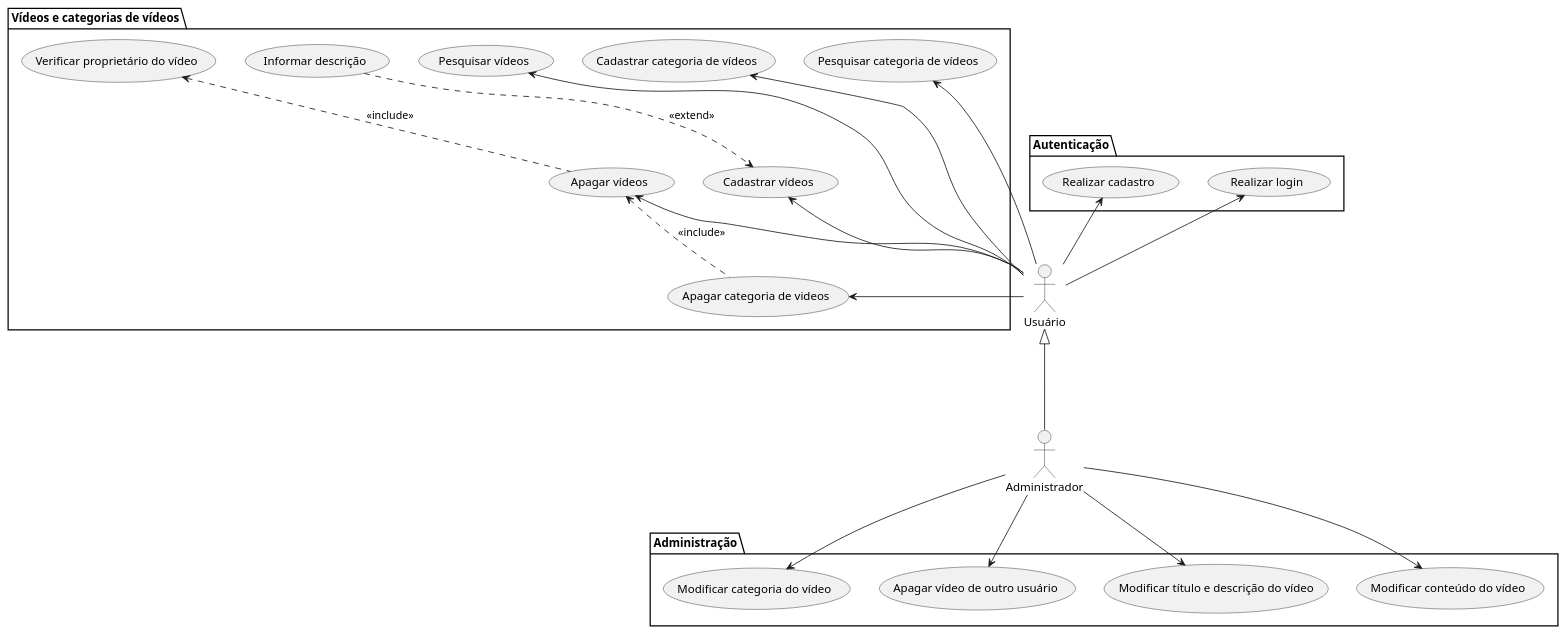
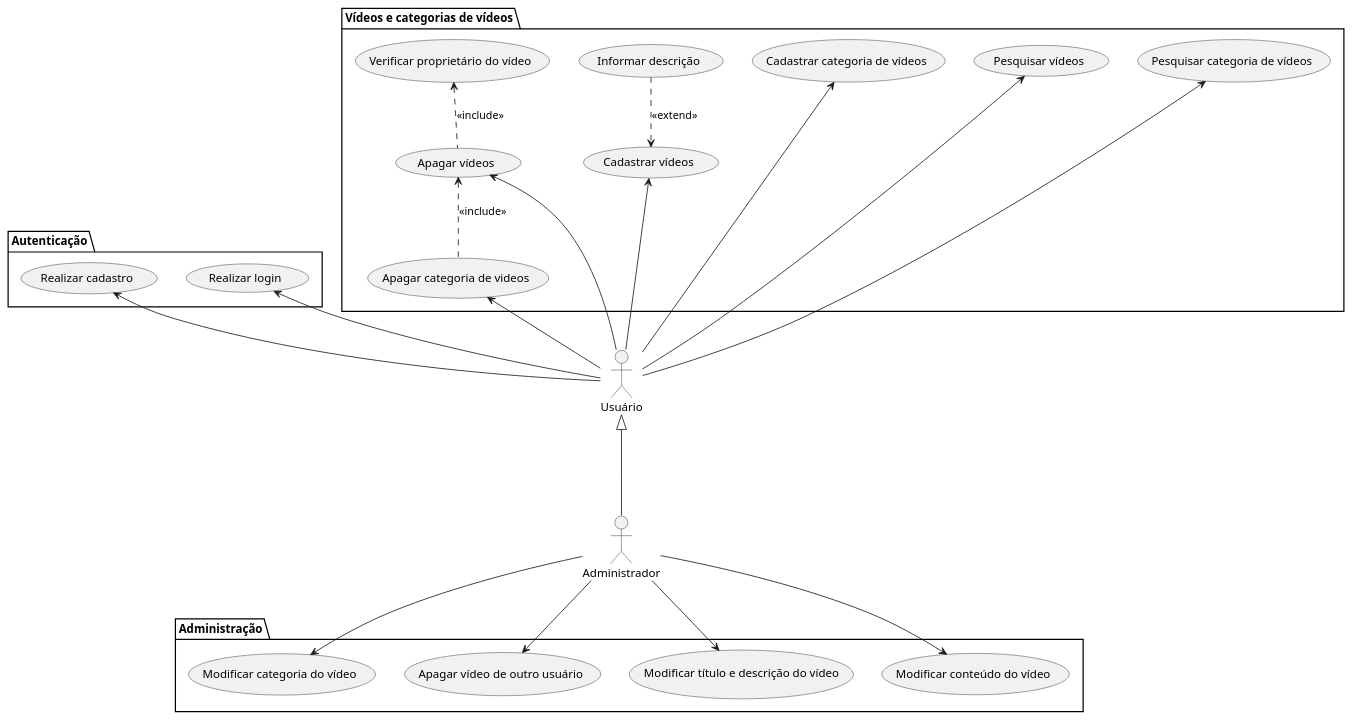
The diagram in DevFlix.puml (MurylloEx/DevFlix-PSW), drawn with PlantUML before and after one commit.

Commit message:
Melhoramento da disposição dos casos de uso

```diff
--- a/DevFlix.puml
+++ b/DevFlix.puml
@@ -1,65 +1,60 @@
 @startuml DevFlix
 skinparam Style strictuml
 
 :Usuário: as usuario
 :Administrador: as administrador
-
-
-
-
-
 
 
 /' Casos de uso do usuário '/
 package Autenticação {
     (Realizar cadastro) as cadastro
     (Realizar login) as login
 }
 package "Vídeos e categorias de vídeos" {
     (Apagar vídeos) as apagarv
     (Pesquisar vídeos) as pesqv
     (Cadastrar vídeos) as cadv
     (Informar descrição) as infdesc
     (Pesquisar categoria de vídeos) as pesqcatv
     (Cadastrar categoria de vídeos) as cadcatv
     (Apagar categoria de videos) as apgcatv
     (Verificar proprietário do vídeo) as verifprop
 }
 
 
 /' Casos de uso do administrador '/
 package Administração {
     (Modificar categoria do vídeo) as modcatv
     (Modificar conteúdo do vídeo) as modcontv
     (Apagar vídeo de outro usuário) as apgvout
     (Modificar título e descrição do vídeo) as modtitdesc
 }
 
 
 /' Generalização dos atores '/
 usuario <|-down-- administrador
 
 /' Associação dos casos de uso do usuário '/
 usuario -up-> cadv
 usuario -up-> pesqcatv
 usuario -up-> apgcatv
-usuario -right-> pesqv
+usuario -up-> pesqv
 usuario -up-> cadcatv
 usuario -up-> login
 usuario -up-> apagarv
-usuario -left-> cadastro
+usuario -up-> cadastro
 
 
 /' Include e Extend dos casos de uso do usuário '/
 apagarv .up.> verifprop : <<include>>
 apgcatv .up.> apagarv : <<include>>
 infdesc .down.> cadv : <<extend>>
 
 
 /' Associação dos casos de uso do administrador '/
 administrador -right-> modcatv
 administrador -left-> modcontv
 administrador -down-> apgvout
 administrador -down-> modtitdesc
 
 @enduml
```
